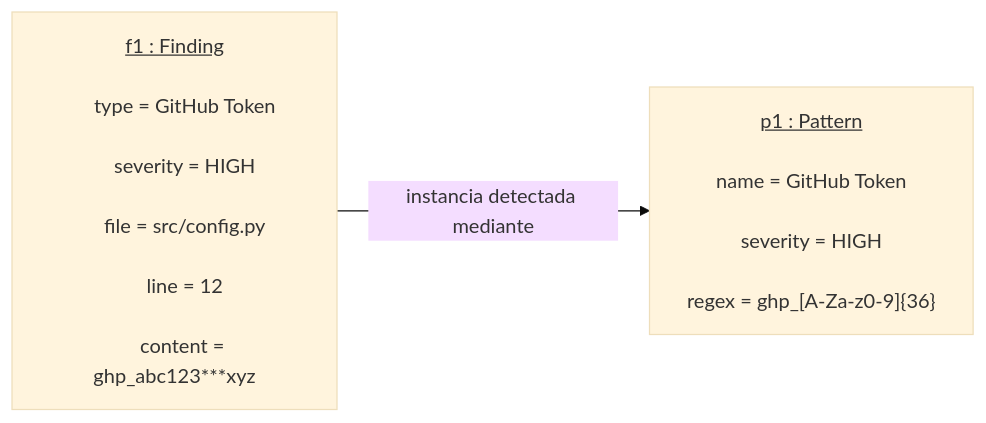
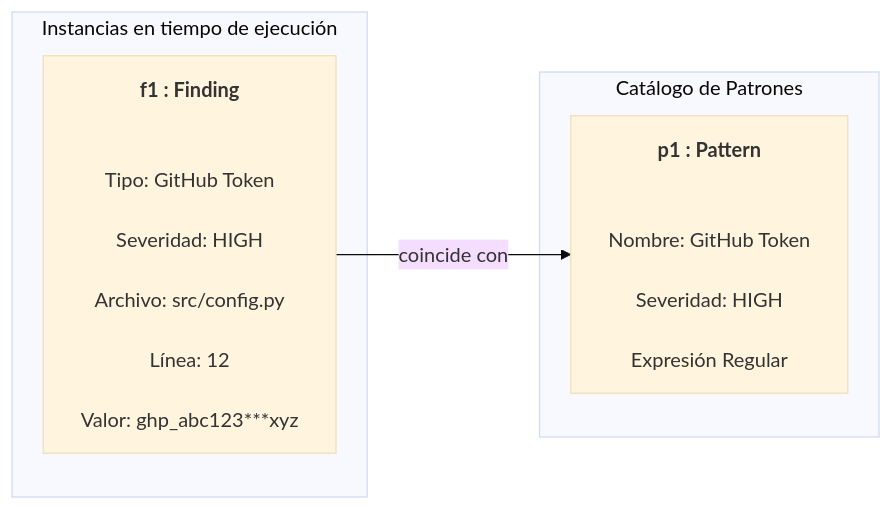
Before and after one commit to UPT-FAING-EPIS/proyecto-si784-2026-i-u3-ANALIZADOR_SECRETOS: the fifth of 12 diagrams in docs/FD04-Informe-Arquitectura.md, drawn with Mermaid (base theme). The commit also changed other lines of this file, not shown here.

First line of the commit message:
Revise use case diagrams and descriptions

````diff
--- a/docs/FD04-Informe-Arquitectura.md
+++ b/docs/FD04-Informe-Arquitectura.md
@@ -256,17 +263,25 @@
 ```mermaid
 graph LR
 
-    finding["<u>f1 : Finding</u><br/>
-    type = GitHub Token<br/>
-    severity = HIGH<br/>
-    file = src/config.py<br/>
-    line = 12<br/>
-    content = ghp_abc123***xyz"]
+    subgraph Runtime["Instancias en tiempo de ejecución"]
 
-    pattern["<u>p1 : Pattern</u><br/>
-    name = GitHub Token<br/>
-    severity = HIGH<br/>
-    regex = ghp_[A-Za-z0-9]{36}"]
+        Finding["<b>f1 : Finding</b><br/><br/>
+        Tipo: GitHub Token<br/>
+        Severidad: HIGH<br/>
+        Archivo: src/config.py<br/>
+        Línea: 12<br/>
+        Valor: ghp_abc123***xyz"]
 
-    finding -->|instancia detectada mediante| pattern
+    end
+
+    subgraph Catalogo["Catálogo de Patrones"]
+
+        Pattern["<b>p1 : Pattern</b><br/><br/>
+        Nombre: GitHub Token<br/>
+        Severidad: HIGH<br/>
+        Expresión Regular"]
+
+    end
+
+    Finding -->|coincide con| Pattern
 ```
````
